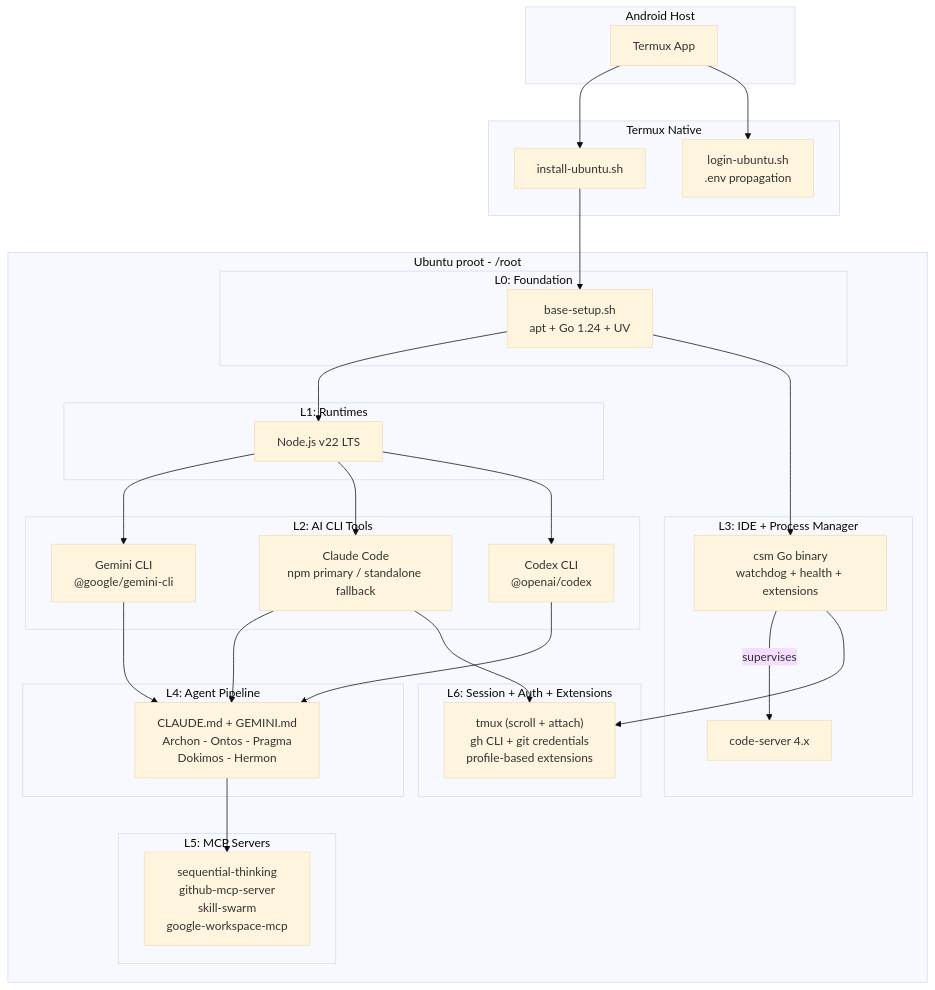
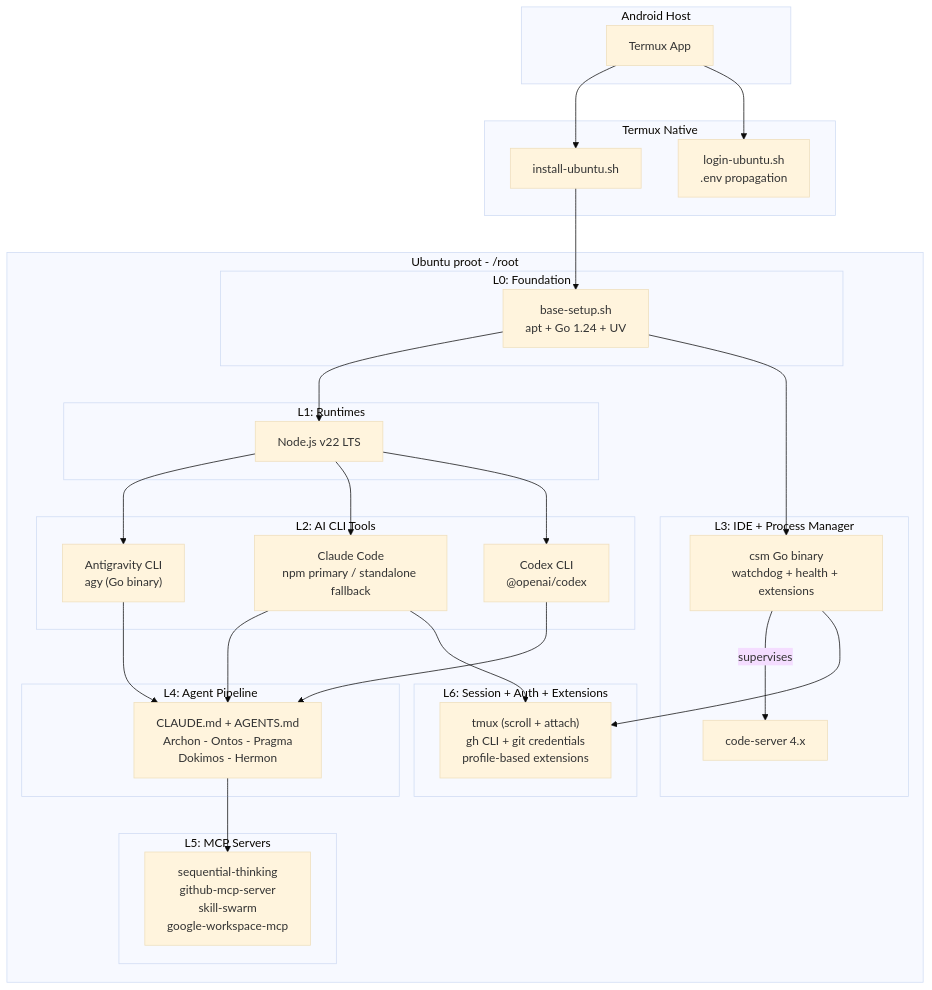
One commit to ancrz/termux-linux-deployer changed the first of 7 diagrams in README.md. Above: the diagram before and after it, drawn with Mermaid (base theme). The commit also changed other lines of this file and 22 other files, not shown here.

First line of the commit message:
refactor(pipeline): replace Gemini CLI with Antigravity CLI (agy)

````diff
--- a/README.md
+++ b/README.md
@@ -11,52 +11,52 @@
 ```mermaid
 graph TB
     subgraph "Android Host"
         A["Termux App"]
     end
 
     subgraph "Termux Native"
         B["install-ubuntu.sh"]
         L["login-ubuntu.sh<br/>.env propagation"]
     end
 
     subgraph "Ubuntu proot - /root"
         subgraph "L0: Foundation"
             C["base-setup.sh<br/>apt + Go 1.24 + UV"]
         end
 
         subgraph "L1: Runtimes"
             D["Node.js v22 LTS"]
         end
 
         subgraph "L2: AI CLI Tools"
-            G["Gemini CLI<br/>@google/gemini-cli"]
+            G["Antigravity CLI<br/>agy (Go binary)"]
             H["Claude Code<br/>npm primary / standalone fallback"]
             CX["Codex CLI<br/>@openai/codex"]
         end
 
         subgraph "L3: IDE + Process Manager"
             I["csm Go binary<br/>watchdog + health + extensions"]
             J["code-server 4.x"]
         end
 
         subgraph "L4: Agent Pipeline"
-            K["CLAUDE.md + GEMINI.md<br/>Archon - Ontos - Pragma<br/>Dokimos - Hermon"]
+            K["CLAUDE.md + AGENTS.md<br/>Archon - Ontos - Pragma<br/>Dokimos - Hermon"]
         end
 
         subgraph "L5: MCP Servers"
             M["sequential-thinking<br/>github-mcp-server<br/>skill-swarm<br/>google-workspace-mcp"]
         end
 
         subgraph "L6: Session + Auth + Extensions"
             N["tmux (scroll + attach)<br/>gh CLI + git credentials<br/>profile-based extensions"]
         end
     end
 
     A --> B --> C
     A --> L
     C --> D --> G & H & CX
     C --> I -->|supervises| J
     G & H & CX --> K --> M
     H --> N
     I --> N
 ```
````
